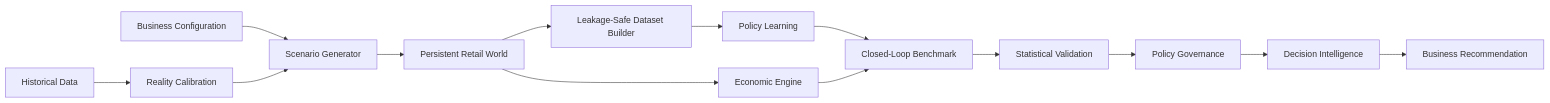
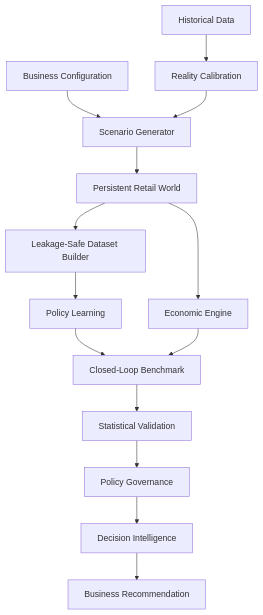
One commit to xavi092000/stockout-decision-intelligence changed the second of 4 diagrams in README.md. Above: the diagram before and after it, drawn with Mermaid. The commit also changed other lines of this file, not shown here.

````diff
--- a/README.md
+++ b/README.md
@@ -173,16 +191,20 @@
 ```mermaid
-flowchart LR
+flowchart TD
     HIST[Historical Data] --> CAL[Reality Calibration]
     CONFIG[Business Configuration] --> SCEN[Scenario Generator]
     CAL --> SCEN
+
     SCEN --> WORLD[Persistent Retail World]
+
+    WORLD --> DATA[Leakage-Safe Dataset Builder]
     WORLD --> ECON[Economic Engine]
-    WORLD --> DATA[Leakage-Safe Dataset Builder]
+
     DATA --> MODEL[Policy Learning]
     MODEL --> BENCH[Closed-Loop Benchmark]
     ECON --> BENCH
+
     BENCH --> VALID[Statistical Validation]
     VALID --> GOV[Policy Governance]
     GOV --> DI[Decision Intelligence]
     DI --> REC[Business Recommendation]
 ```
````
